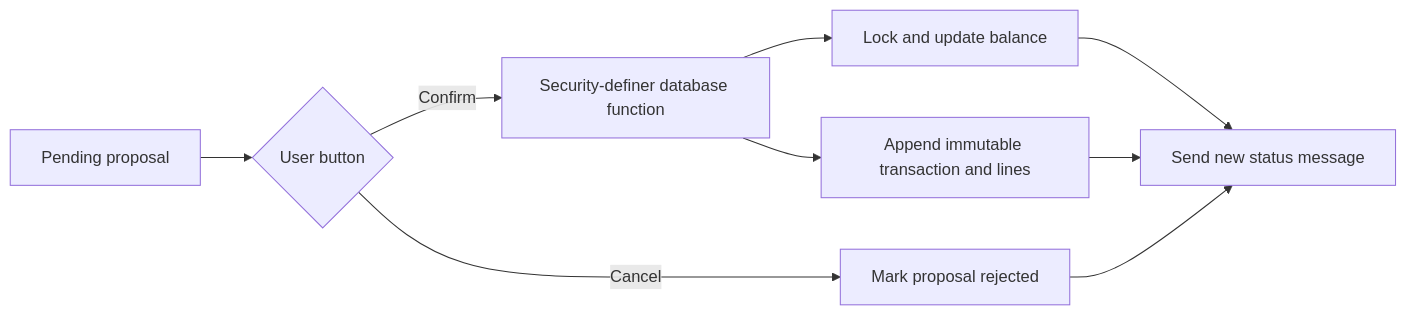
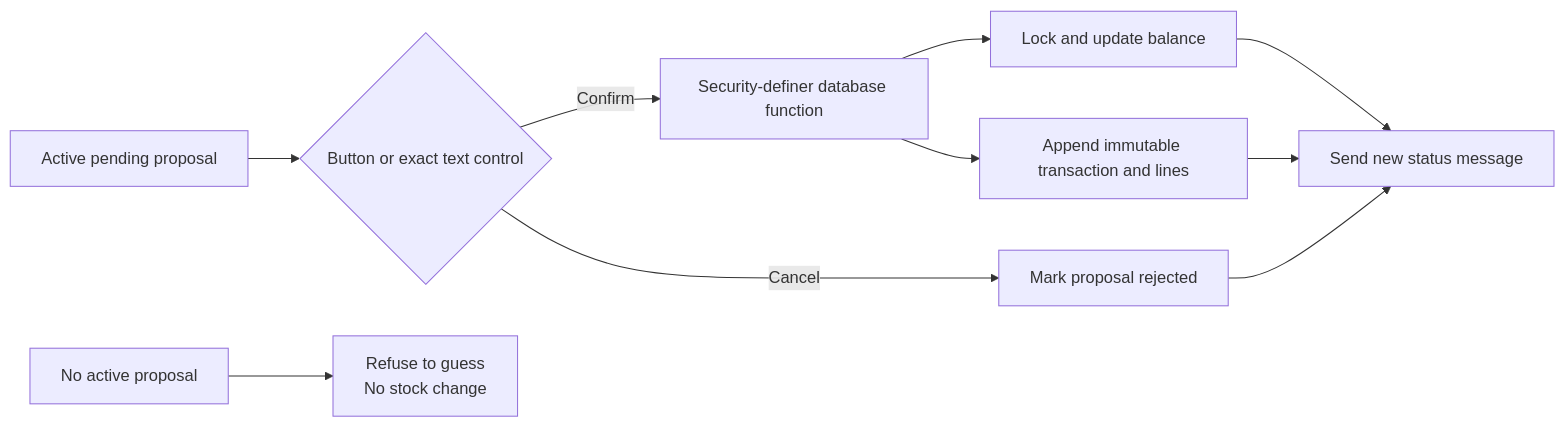
One commit to jwkodes/inventory-agent changed the third of 3 diagrams in docs/MODEL_AND_ACTION_FLOW.md. Above: the diagram before and after it, drawn with Mermaid. The commit also changed other lines of this file and 12 other files, not shown here.

````diff
--- a/docs/MODEL_AND_ACTION_FLOW.md
+++ b/docs/MODEL_AND_ACTION_FLOW.md
@@ -154,11 +155,12 @@
 ```mermaid
 flowchart LR
-    P["Pending proposal"] --> U{"User button"}
+    P["Active pending proposal"] --> U{"Button or exact text control"}
     U -->|Confirm| F["Security-definer database function"]
     F --> B["Lock and update balance"]
     F --> L["Append immutable transaction and lines"]
     U -->|Cancel| C["Mark proposal rejected"]
+    N["No active proposal"] --> R["Refuse to guess<br/>No stock change"]
     B --> M["Send new status message"]
     L --> M
     C --> M
 ```
````
